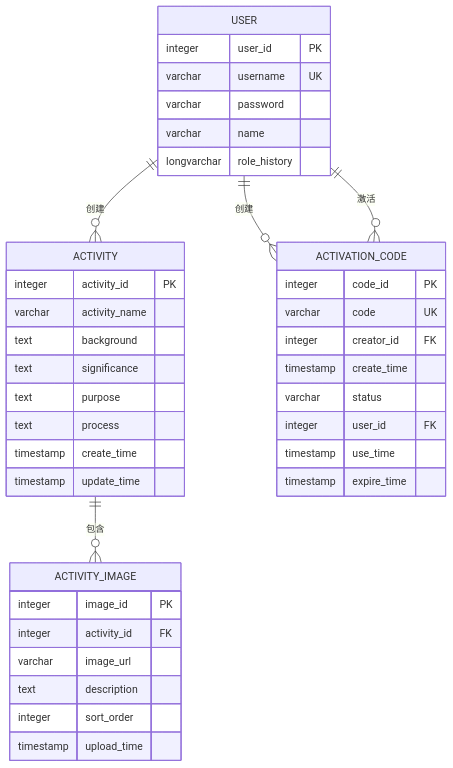
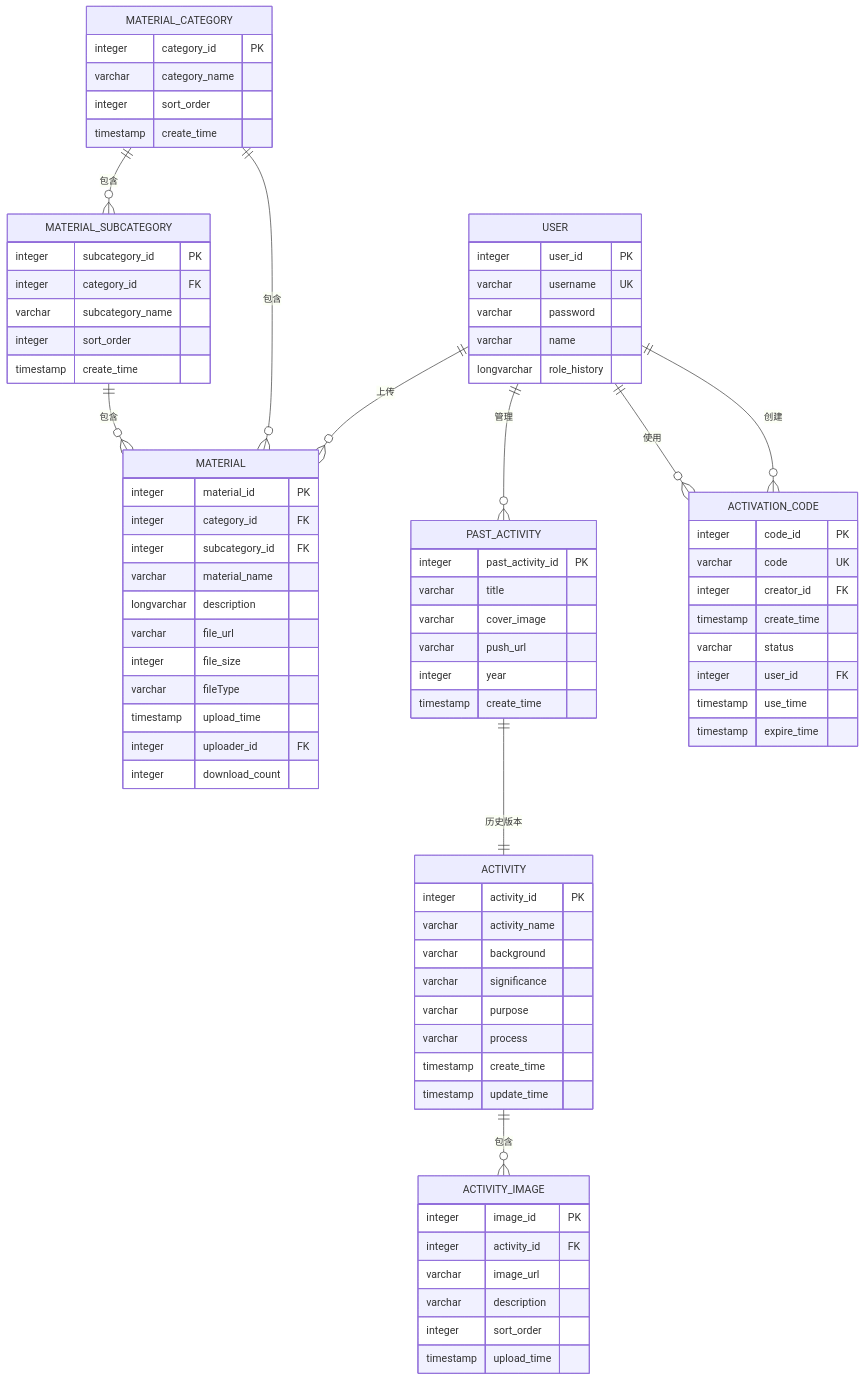
The diagram in .qoder/repowiki/zh/content/数据模型与ORM映射/数据模型与ORM映射.md (Redmoon-2333/HumanResourceOfficial), drawn with Mermaid before and after one commit. The commit also changed other lines of this file and 60 other files, not shown here.

````diff
--- a/.qoder/repowiki/zh/content/数据模型与ORM映射/数据模型与ORM映射.md
+++ b/.qoder/repowiki/zh/content/数据模型与ORM映射/数据模型与ORM映射.md
@@ -120,42 +147,81 @@
 ```mermaid
 erDiagram
 USER {
 integer user_id PK
 varchar username UK
 varchar password
 varchar name
 longvarchar role_history
 }
 ACTIVITY {
 integer activity_id PK
 varchar activity_name
-text background
-text significance
-text purpose
-text process
+varchar background
+varchar significance
+varchar purpose
+varchar process
 timestamp create_time
 timestamp update_time
 }
 ACTIVITY_IMAGE {
 integer image_id PK
 integer activity_id FK
 varchar image_url
-text description
+varchar description
 integer sort_order
 timestamp upload_time
+}
+MATERIAL {
+integer material_id PK
+integer category_id FK
+integer subcategory_id FK
+varchar material_name
+longvarchar description
+varchar file_url
+integer file_size
+varchar fileType
+timestamp upload_time
+integer uploader_id FK
+integer download_count
+}
+MATERIAL_CATEGORY {
+integer category_id PK
+varchar category_name
+integer sort_order
+timestamp create_time
+}
+MATERIAL_SUBCATEGORY {
+integer subcategory_id PK
+integer category_id FK
+varchar subcategory_name
+integer sort_order
+timestamp create_time
+}
+PAST_ACTIVITY {
+integer past_activity_id PK
+varchar title
+varchar cover_image
+varchar push_url
+integer year
+timestamp create_time
 }
 ACTIVATION_CODE {
 integer code_id PK
 varchar code UK
 integer creator_id FK
 timestamp create_time
 varchar status
 integer user_id FK
 timestamp use_time
 timestamp expire_time
 }
-USER ||--o{ ACTIVITY : "创建"
+USER ||--o{ ACTIVATION_CODE : "创建"
+USER ||--o{ ACTIVATION_CODE : "使用"
+USER ||--o{ MATERIAL : "上传"
+USER ||--o{ PAST_ACTIVITY : "管理"
 ACTIVITY ||--o{ ACTIVITY_IMAGE : "包含"
-USER ||--o{ ACTIVATION_CODE : "创建"
-ACTIVATION_CODE }o--|| USER : "激活"
+MATERIAL_CATEGORY ||--o{ MATERIAL : "包含"
+MATERIAL_CATEGORY ||--o{ MATERIAL_SUBCATEGORY : "包含"
+MATERIAL_SUBCATEGORY ||--o{ MATERIAL : "包含"
+PAST_ACTIVITY ||--|| ACTIVITY : "历史版本"
 ```
````
